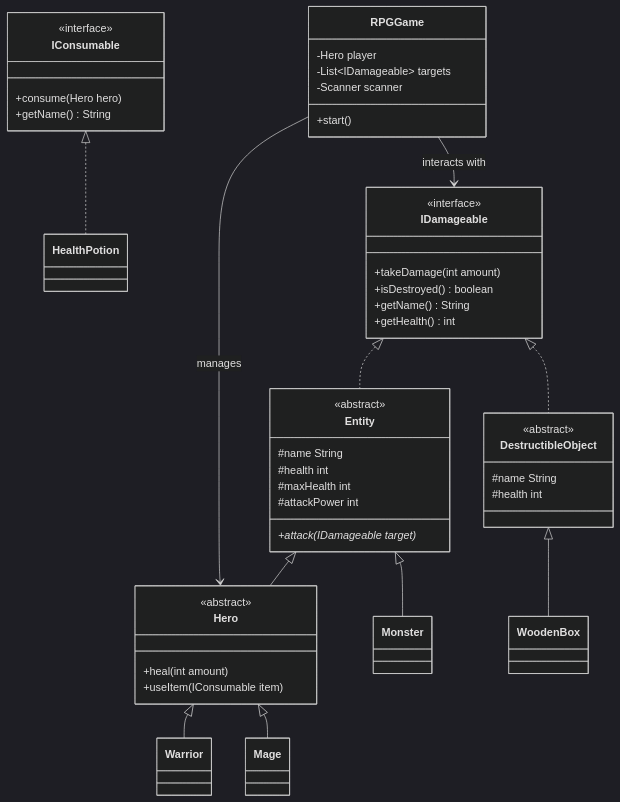
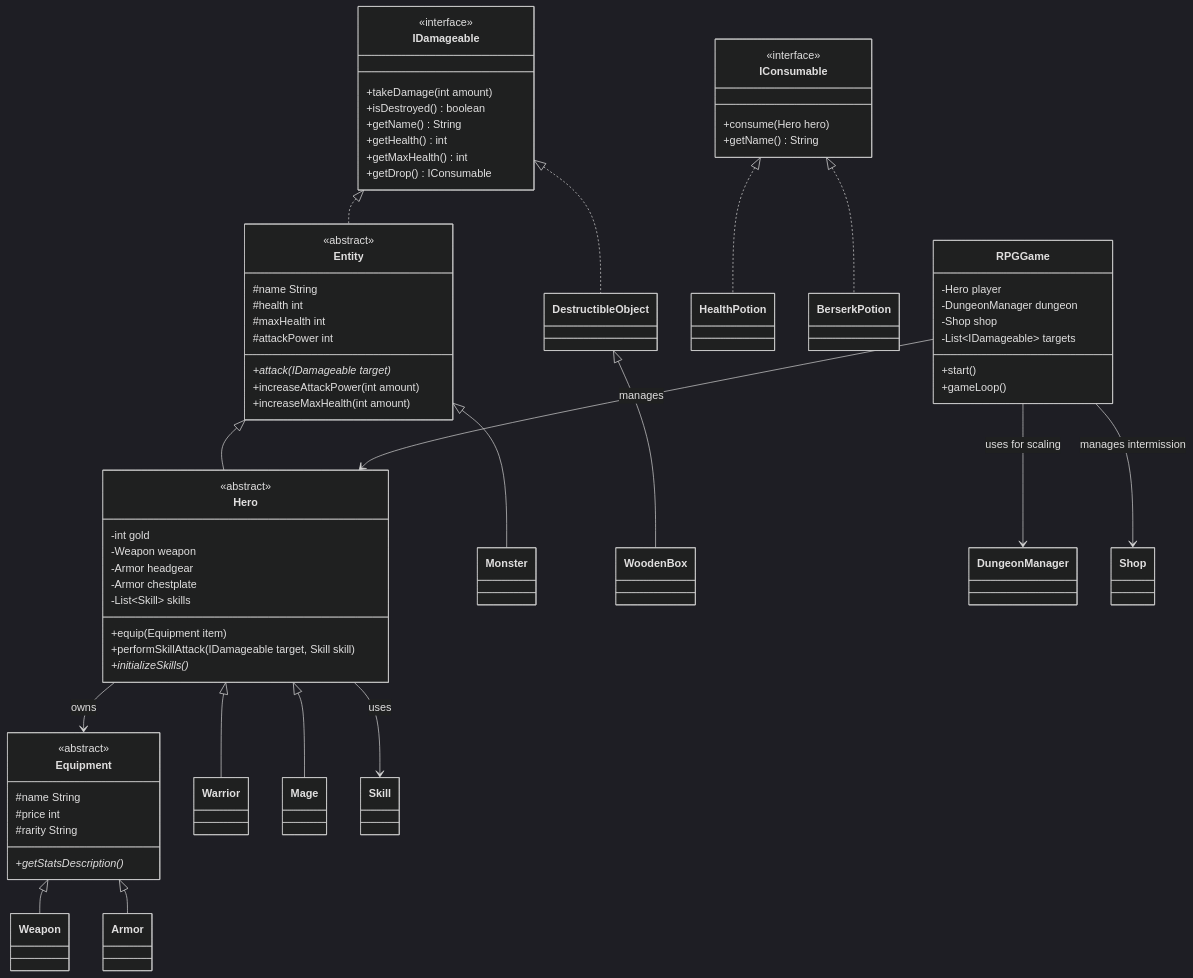
Before and after one commit to WindsurfHUB/OOP_FINAL_PROJECT: the diagram in src/FinalProject/DESIGN_DOCUMENT.md, drawn with Mermaid (dark theme). The commit also changed other lines of this file and 17 other files, not shown here.

````diff
--- a/src/FinalProject/DESIGN_DOCUMENT.md
+++ b/src/FinalProject/DESIGN_DOCUMENT.md
@@ -7,58 +7,79 @@
 ```mermaid
 classDiagram
     class IDamageable {
         <<interface>>
         +takeDamage(int amount)
         +isDestroyed() boolean
         +getName() String
         +getHealth() int
+        +getMaxHealth() int
+        +getDrop() IConsumable
     }
     
     class IConsumable {
         <<interface>>
         +consume(Hero hero)
         +getName() String
     }
 
     class Entity {
         <<abstract>>
         #name String
         #health int
         #maxHealth int
         #attackPower int
         +attack(IDamageable target)*
-    }
-
-    class DestructibleObject {
-        <<abstract>>
-        #name String
-        #health int
+        +increaseAttackPower(int amount)
+        +increaseMaxHealth(int amount)
     }
 
     class Hero {
         <<abstract>>
-        +heal(int amount)
-        +useItem(IConsumable item)
+        -int gold
+        -Weapon weapon
+        -Armor headgear
+        -Armor chestplate
+        -List~Skill~ skills
+        +equip(Equipment item)
+        +performSkillAttack(IDamageable target, Skill skill)
+        +initializeSkills()*
+    }
+
+    class Equipment {
+        <<abstract>>
+        #name String
+        #price int
+        #rarity String
+        +getStatsDescription()*
     }
 
     Entity <|-- Hero
     Entity <|-- Monster
     IDamageable <|.. Entity
     IDamageable <|.. DestructibleObject
-
+    
+    Equipment <|-- Weapon
+    Equipment <|-- Armor
+    
     Hero <|-- Warrior
     Hero <|-- Mage
     
     DestructibleObject <|-- WoodenBox
     IConsumable <|.. HealthPotion
+    IConsumable <|.. BerserkPotion
 
     class RPGGame {
         -Hero player
+        -DungeonManager dungeon
+        -Shop shop
         -List~IDamageable~ targets
-        -Scanner scanner
         +start()
+        +gameLoop()
     }
 
     RPGGame --> Hero : manages
-    RPGGame --> IDamageable : interacts with
+    RPGGame --> DungeonManager : uses for scaling
+    RPGGame --> Shop : manages intermission
+    Hero --> Equipment : owns
+    Hero --> Skill : uses
 ```
````
